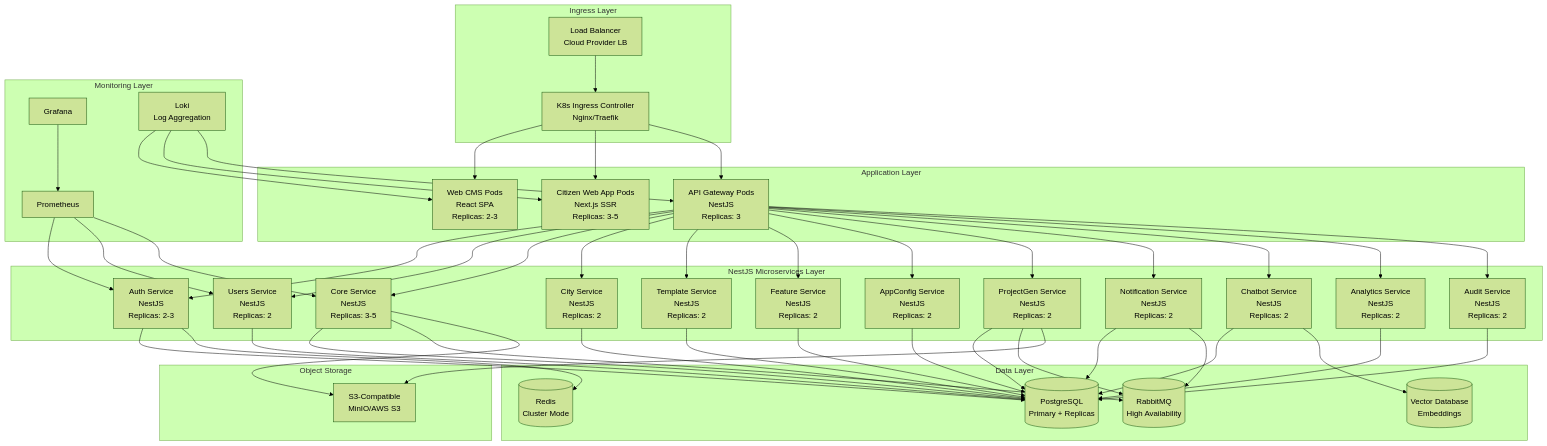
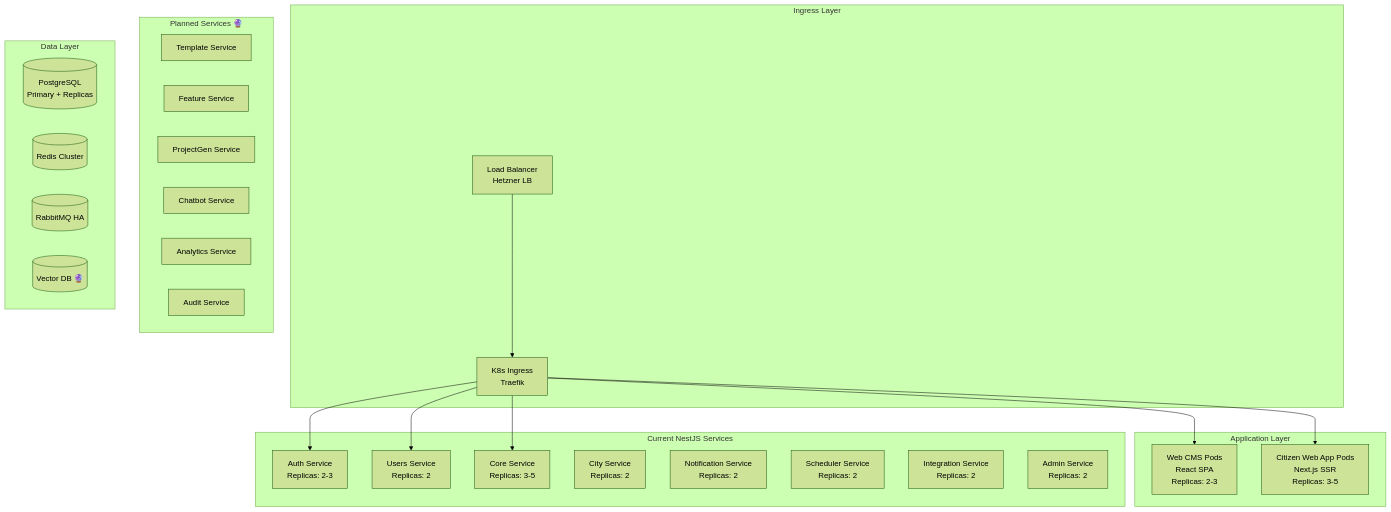
Before and after one commit to The-Heidi-Suite/heidi.microservices: diagram 16 of 25 in docs/planned/architecture.md, drawn with Mermaid (forest theme). The commit also changed other lines of this file, not shown here.

First line of the commit message:
docs: update architecture documentation for HEIDI platform

````diff
--- a/docs/planned/architecture.md
+++ b/docs/planned/architecture.md
@@ -1227,95 +1439,47 @@
 ```mermaid
 graph TB
     subgraph "Ingress Layer"
-        LB[Load Balancer<br/>Cloud Provider LB]
-        IngressController[K8s Ingress Controller<br/>Nginx/Traefik]
+        LB[Load Balancer<br/>Hetzner LB]
+        IngressController[K8s Ingress<br/>Traefik]
     end
 
     subgraph "Application Layer"
         WebCMS[Web CMS Pods<br/>React SPA<br/>Replicas: 2-3]
         WebApp[Citizen Web App Pods<br/>Next.js SSR<br/>Replicas: 3-5]
-        Gateway[API Gateway Pods<br/>NestJS<br/>Replicas: 3]
     end
 
-    subgraph "NestJS Microservices Layer"
-        Auth[Auth Service<br/>NestJS<br/>Replicas: 2-3]
-        Users[Users Service<br/>NestJS<br/>Replicas: 2]
-        Core[Core Service<br/>NestJS<br/>Replicas: 3-5]
-        City[City Service<br/>NestJS<br/>Replicas: 2]
-        Template[Template Service<br/>NestJS<br/>Replicas: 2]
-        Feature[Feature Service<br/>NestJS<br/>Replicas: 2]
-        AppConfig[AppConfig Service<br/>NestJS<br/>Replicas: 2]
-        ProjectGen[ProjectGen Service<br/>NestJS<br/>Replicas: 2]
-        Notification[Notification Service<br/>NestJS<br/>Replicas: 2]
-        Chatbot[Chatbot Service<br/>NestJS<br/>Replicas: 2]
-        Analytics[Analytics Service<br/>NestJS<br/>Replicas: 2]
-        Audit[Audit Service<br/>NestJS<br/>Replicas: 2]
+    subgraph "Current NestJS Services"
+        Auth[Auth Service<br/>Replicas: 2-3]
+        Users[Users Service<br/>Replicas: 2]
+        Core[Core Service<br/>Replicas: 3-5]
+        City[City Service<br/>Replicas: 2]
+        Notification[Notification Service<br/>Replicas: 2]
+        Scheduler[Scheduler Service<br/>Replicas: 2]
+        Integration[Integration Service<br/>Replicas: 2]
+        Admin[Admin Service<br/>Replicas: 2]
+    end
+
+    subgraph "Planned Services 🔮"
+        Template[Template Service]
+        Feature[Feature Service]
+        ProjectGen[ProjectGen Service]
+        Chatbot[Chatbot Service]
+        Analytics[Analytics Service]
+        Audit[Audit Service]
     end
 
     subgraph "Data Layer"
         PG[(PostgreSQL<br/>Primary + Replicas)]
-        Redis[(Redis<br/>Cluster Mode)]
-        RabbitMQ[(RabbitMQ<br/>High Availability)]
-        VectorDB[(Vector Database<br/>Embeddings)]
+        Redis[(Redis Cluster)]
+        RabbitMQ[(RabbitMQ HA)]
+        VectorDB[(Vector DB 🔮)]
     end
 
-    subgraph "Object Storage"
-        S3[S3-Compatible<br/>MinIO/AWS S3]
-    end
-
-    subgraph "Monitoring Layer"
-        Prometheus[Prometheus]
-        Grafana[Grafana]
-        Loki[Loki<br/>Log Aggregation]
-    end
-
-    %% Ingress connections
+    %% Connections
     LB --> IngressController
     IngressController --> WebCMS
     IngressController --> WebApp
-    IngressController --> Gateway
-
-    %% Gateway to services
-    Gateway --> Auth
-    Gateway --> Users
-    Gateway --> Core
-    Gateway --> City
-    Gateway --> Template
-    Gateway --> Feature
-    Gateway --> AppConfig
-    Gateway --> ProjectGen
-    Gateway --> Notification
-    Gateway --> Chatbot
-    Gateway --> Analytics
-    Gateway --> Audit
-
-    %% Services to data layer
-    Auth --> PG
-    Auth --> Redis
-    Users --> PG
-    Core --> PG
-    Core --> RabbitMQ
-    Core --> S3
-    City --> PG
-    Template --> PG
-    Feature --> PG
-    AppConfig --> PG
-    ProjectGen --> PG
-    ProjectGen --> RabbitMQ
-    ProjectGen --> S3
-    Notification --> PG
-    Notification --> RabbitMQ
-    Chatbot --> PG
-    Chatbot --> VectorDB
-    Analytics --> PG
-    Audit --> PG
-
-    %% Monitoring connections
-    Prometheus --> Auth
-    Prometheus --> Users
-    Prometheus --> Core
-    Grafana --> Prometheus
-    Loki --> WebCMS
-    Loki --> WebApp
-    Loki --> Gateway
+    IngressController --> Auth
+    IngressController --> Users
+    IngressController --> Core
 ```
````
